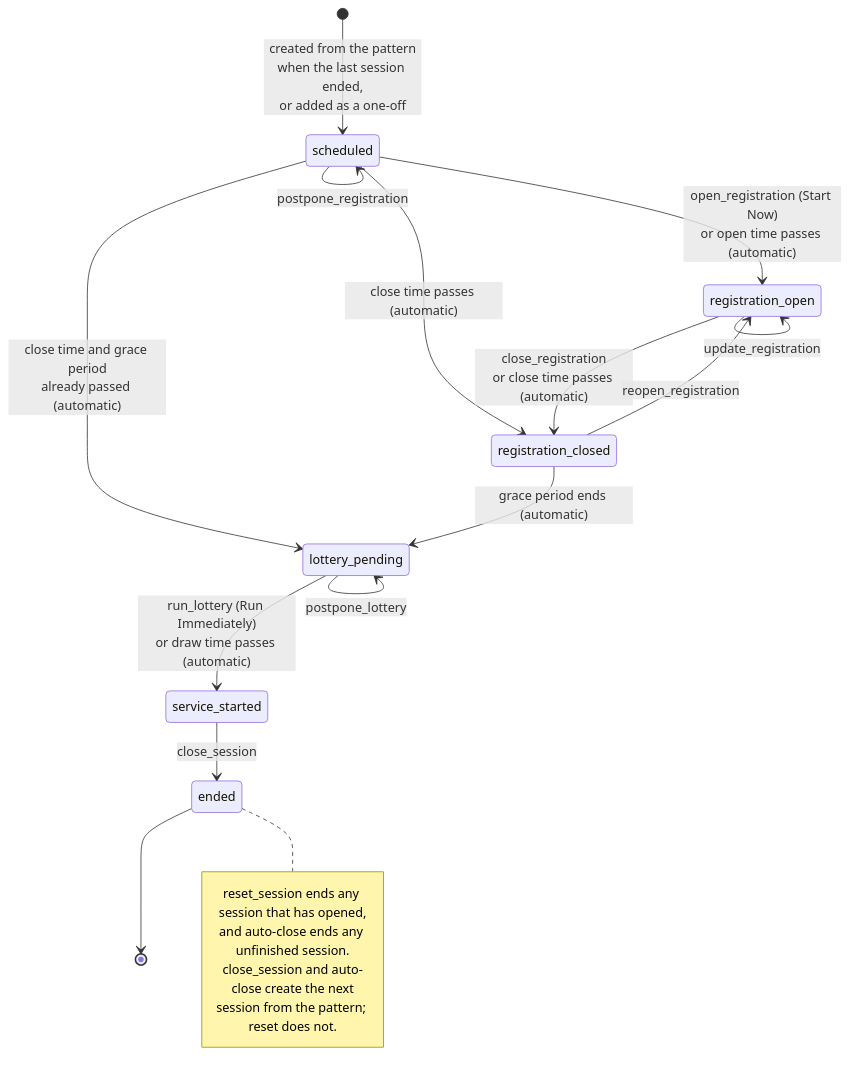
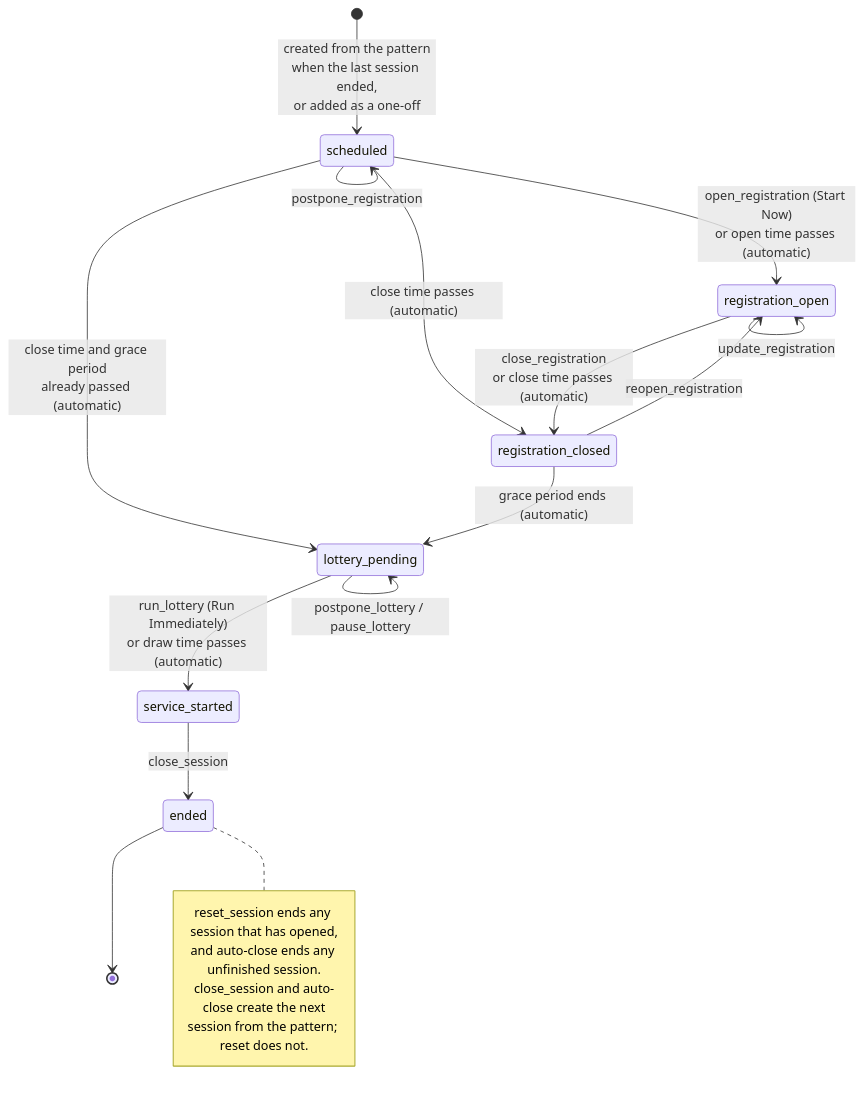
Before and after one commit to bay-compassion/food-market-app: the first of 2 diagrams in docs/session-lifecycle.md, drawn with Mermaid. The commit also changed other lines of this file and 44 other files, not shown here.

````diff
--- a/docs/session-lifecycle.md
+++ b/docs/session-lifecycle.md
@@ -35,28 +35,28 @@
 ```mermaid
 stateDiagram-v2
     [*] --> scheduled : created from the pattern<br/>when the last session ended,<br/>or added as a one-off
 
     scheduled --> scheduled : postpone_registration
     scheduled --> registration_open : open_registration (Start Now)<br/>or open time passes (automatic)
     scheduled --> registration_closed : close time passes (automatic)
     scheduled --> lottery_pending : close time and grace period<br/>already passed (automatic)
 
     registration_open --> registration_open : update_registration
     registration_open --> registration_closed : close_registration<br/>or close time passes (automatic)
 
     registration_closed --> registration_open : reopen_registration
     registration_closed --> lottery_pending : grace period ends (automatic)
 
-    lottery_pending --> lottery_pending : postpone_lottery
+    lottery_pending --> lottery_pending : postpone_lottery / pause_lottery
     lottery_pending --> service_started : run_lottery (Run Immediately)<br/>or draw time passes (automatic)
 
     service_started --> ended : close_session
     ended --> [*]
 
     note right of ended
         reset_session ends any session that has opened,
         and auto-close ends any unfinished session.
         close_session and auto-close create the next
         session from the pattern; reset does not.
     end note
 ```
````
